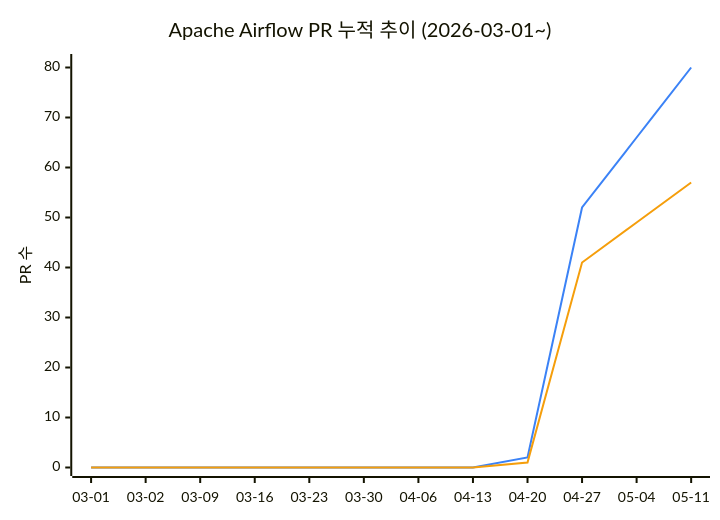
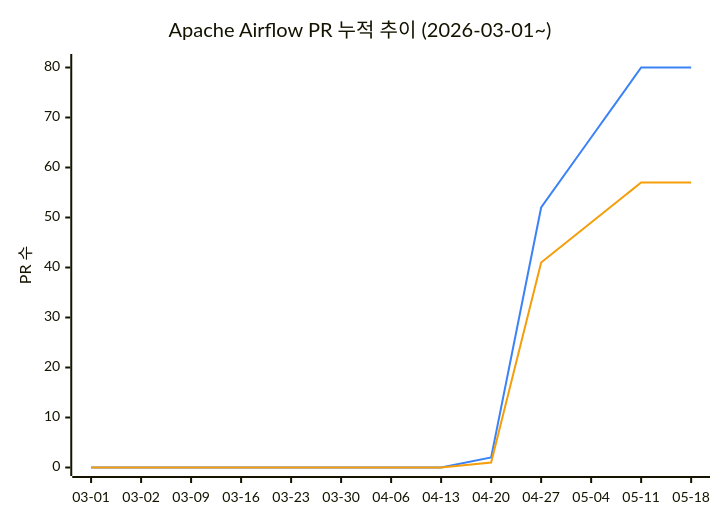
One commit to AirflowKorea/ossca changed the diagram in README.md. Above: the diagram before and after it, drawn with Mermaid. The commit also changed other lines of this file, not shown here.

Commit message:
chore: update PR stats (2026-05-18 22:07 UTC)

````diff
--- a/README.md
+++ b/README.md
@@ -11,9 +11,9 @@
 ```mermaid
 %%{init: {"themeVariables": {"xyChart": {"plotColorPalette": "#3b82f6, #f59e0b"}}}}%%
 xychart-beta
     title "Apache Airflow PR 누적 추이 (2026-03-01~)"
-    x-axis ["03-01", "03-02", "03-09", "03-16", "03-23", "03-30", "04-06", "04-13", "04-20", "04-27", "05-04", "05-11"]
+    x-axis ["03-01", "03-02", "03-09", "03-16", "03-23", "03-30", "04-06", "04-13", "04-20", "04-27", "05-04", "05-11", "05-18"]
     y-axis "PR 수" 0 --> 81
-    line [0, 0, 0, 0, 0, 0, 0, 0, 2, 52, 66, 80]
-    line [0, 0, 0, 0, 0, 0, 0, 0, 1, 41, 49, 57]
+    line [0, 0, 0, 0, 0, 0, 0, 0, 2, 52, 66, 80, 80]
+    line [0, 0, 0, 0, 0, 0, 0, 0, 1, 41, 49, 57, 57]
 ```
````
